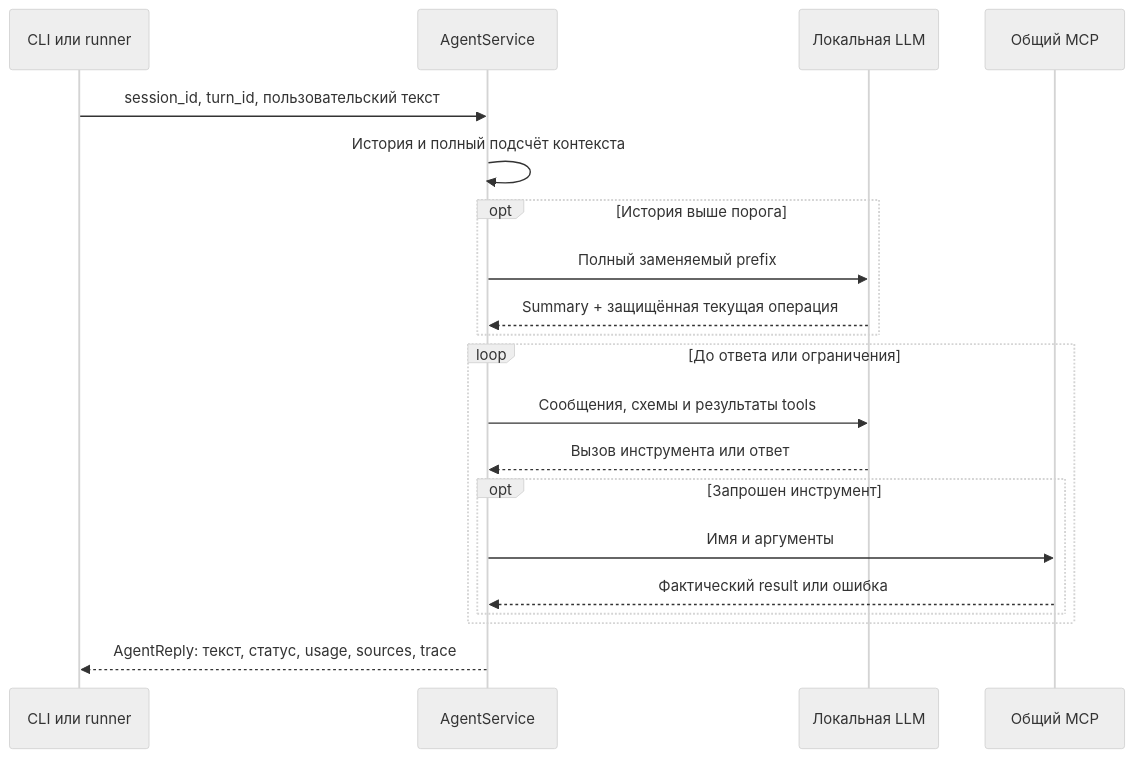
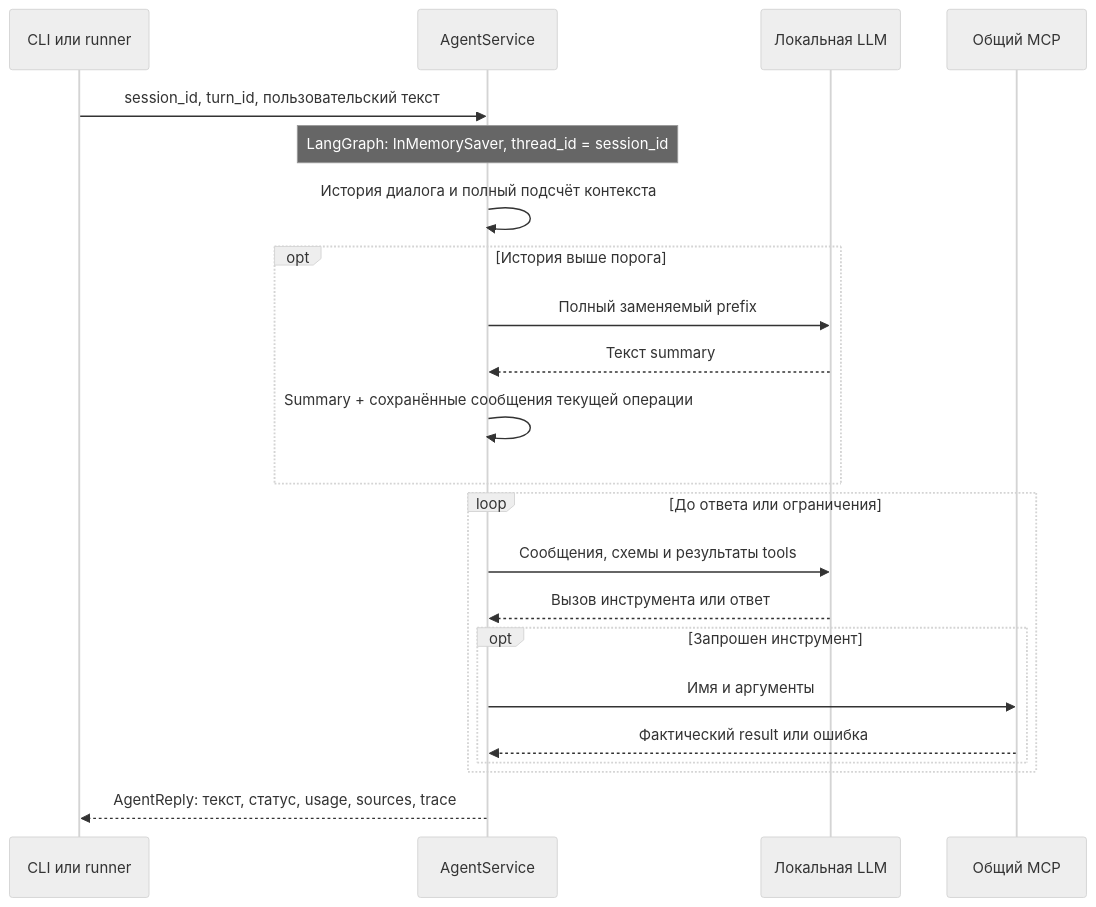
The second of 2 diagrams in projects/pa-tonka/lab3/docs/user_docs/ARCHITECTURE.md (Lighter01/llm-26), drawn with Mermaid (neutral theme) before and after one commit. The commit also changed other lines of this file and 15 other files, not shown here.

Commit message:
docs: clarify architecture and add shared glossary

````diff
--- a/projects/pa-tonka/lab3/docs/user_docs/ARCHITECTURE.md
+++ b/projects/pa-tonka/lab3/docs/user_docs/ARCHITECTURE.md
@@ -66,22 +76,24 @@
 ```mermaid
 sequenceDiagram
     participant User as CLI или runner
     participant Agent as AgentService
     participant Model as Локальная LLM
     participant Tools as Общий MCP
     User->>Agent: session_id, turn_id, пользовательский текст
-    Agent->>Agent: История и полный подсчёт контекста
+    Note over Agent: LangGraph: InMemorySaver, thread_id = session_id
+    Agent->>Agent: История диалога и полный подсчёт контекста
     opt История выше порога
         Agent->>Model: Полный заменяемый prefix
-        Model-->>Agent: Summary + защищённая текущая операция
+        Model-->>Agent: Текст summary
+        Agent->>Agent: Summary + сохранённые сообщения текущей операции
     end
     loop До ответа или ограничения
         Agent->>Model: Сообщения, схемы и результаты tools
         Model-->>Agent: Вызов инструмента или ответ
         opt Запрошен инструмент
             Agent->>Tools: Имя и аргументы
             Tools-->>Agent: Фактический result или ошибка
         end
     end
     Agent-->>User: AgentReply: текст, статус, usage, sources, trace
 ```
````
